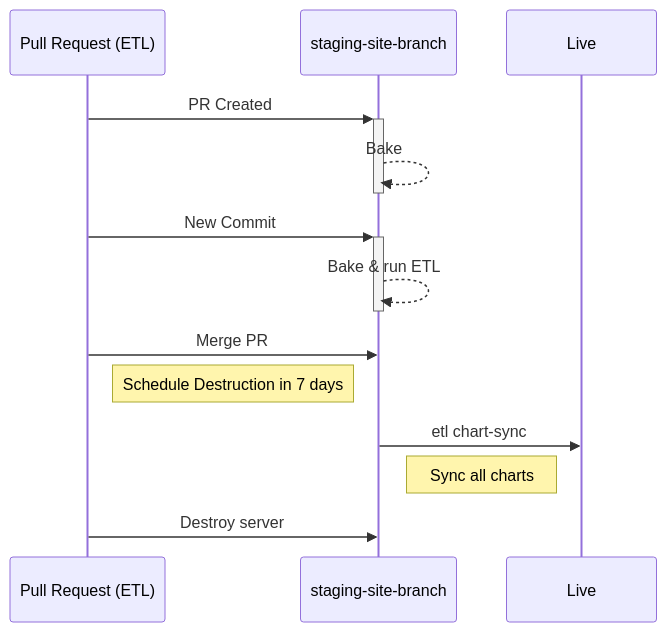
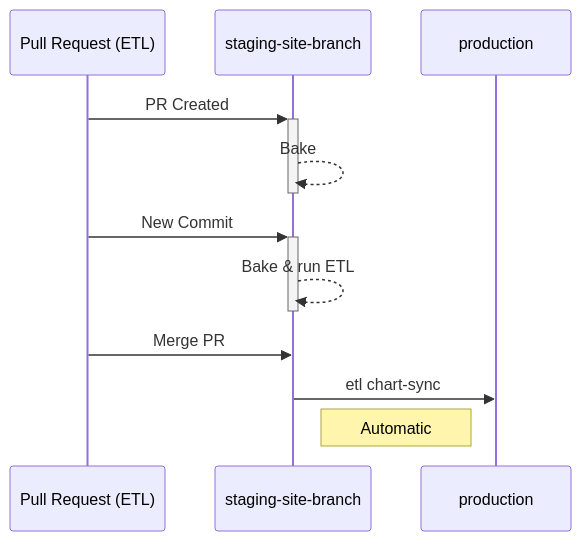
One commit to owid/etl changed the first of 3 diagrams in docs/guides/staging-servers.md. Above: the diagram before and after it, drawn with Mermaid. The commit also changed other lines of this file, not shown here.

````diff
--- a/docs/guides/staging-servers.md
+++ b/docs/guides/staging-servers.md
@@ -18,16 +19,14 @@
 ```mermaid
 sequenceDiagram
     participant PR as Pull Request (ETL)
     participant SSB as staging-site-branch
-    participant live as Live
+    participant production as production
 
     PR ->>+ SSB: PR Created
     SSB -->>- SSB: Bake
     PR ->>+ SSB: New Commit
     SSB -->>- SSB: Bake & run ETL
     PR ->> SSB: Merge PR
-    Note right of PR: Schedule Destruction in 7 days
-    SSB ->> live: etl chart-sync
-    Note left of live: Sync all charts
-    PR ->> SSB: Destroy server
+    SSB ->> production: etl chart-sync
+    Note left of production: Automatic
 ```
````
